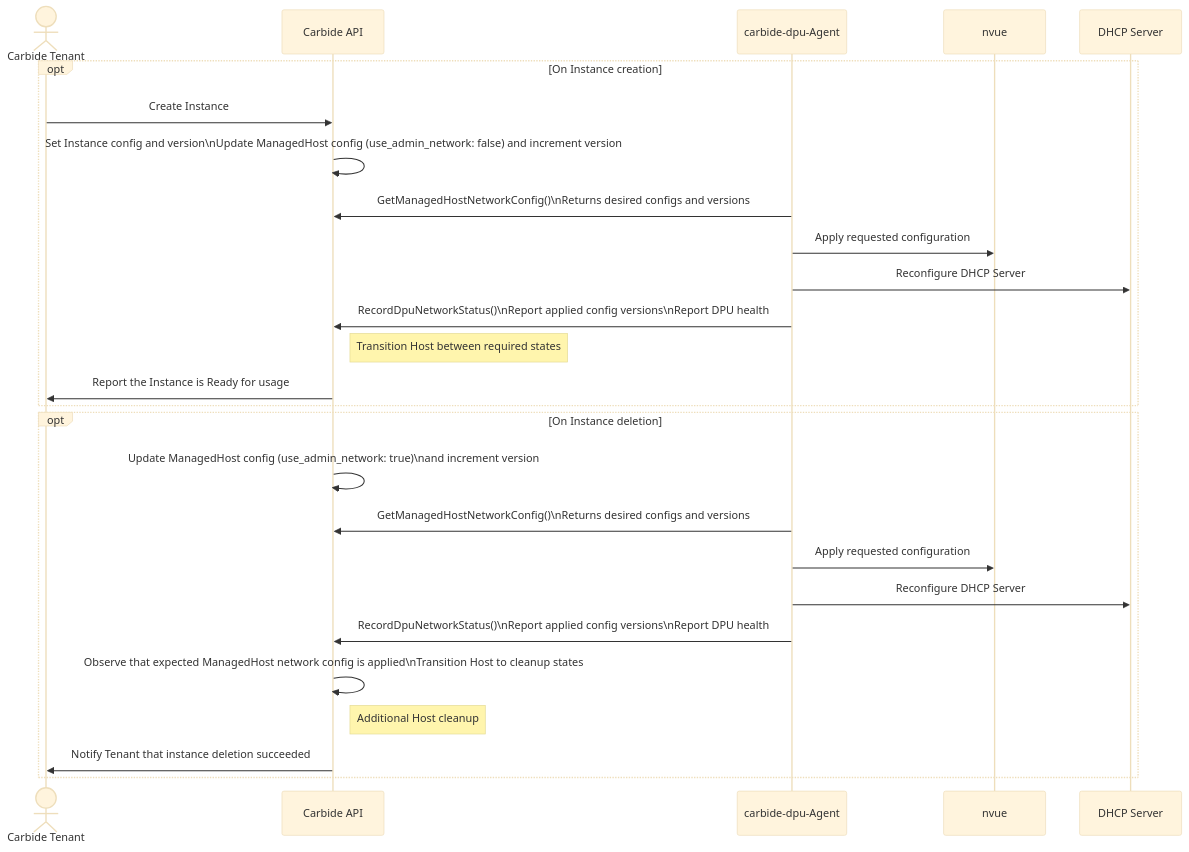
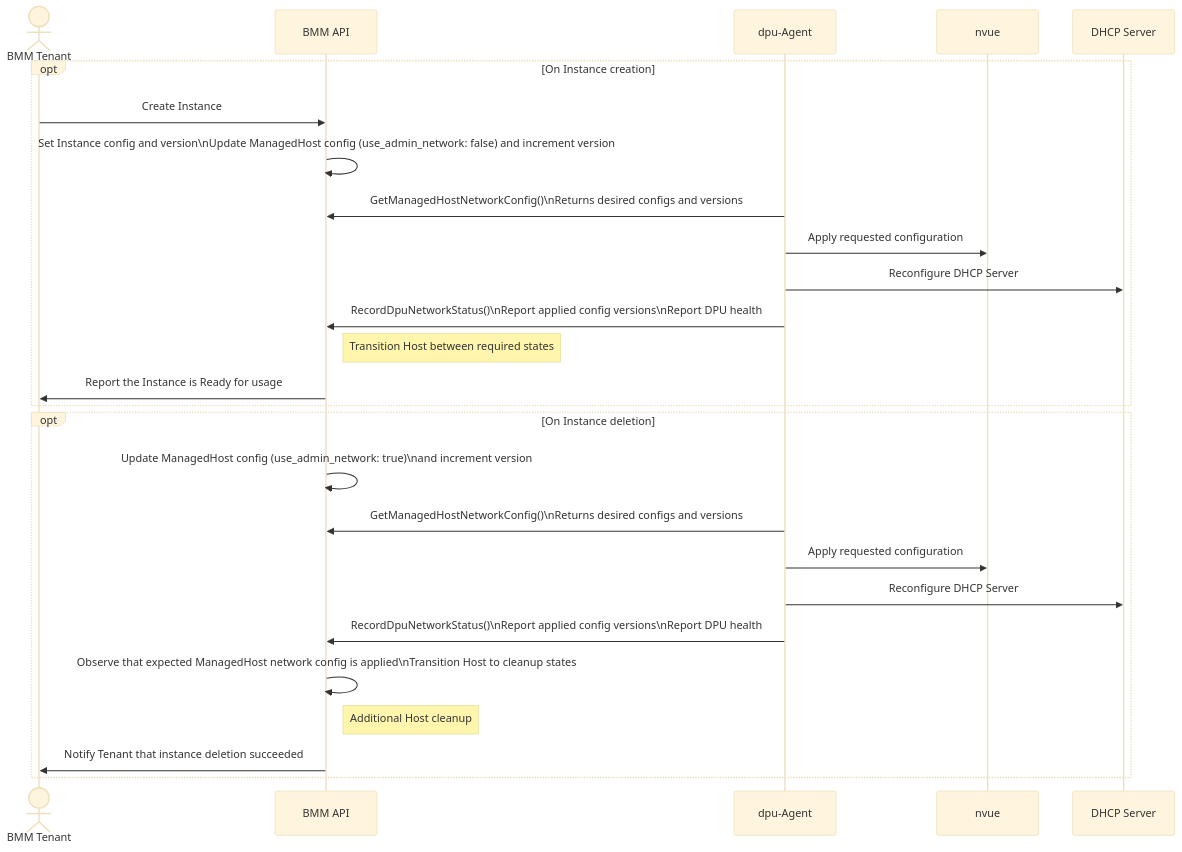
One commit to NVIDIA/bare-metal-manager-core changed the second of 2 diagrams in docs/architecture/dpu_configuration.md. Above: the diagram before and after it, drawn with Mermaid (base theme). The commit also changed other lines of this file and 17 other files, not shown here.

````diff
--- a/docs/architecture/dpu_configuration.md
+++ b/docs/architecture/dpu_configuration.md
@@ -61,30 +61,30 @@
 ```{mermaid}
 sequenceDiagram
-    actor Tenant as Carbide Tenant
-    participant Carbide as Carbide API
-    participant Agent as carbide-dpu-Agent
+    actor Tenant as BMM Tenant
+    participant BMM as BMM API
+    participant Agent as dpu-Agent
     participant Nvue as nvue
     participant Dhcp as DHCP Server
 
     opt On Instance creation
-        Tenant ->> Carbide: Create Instance
-        Carbide ->> Carbide: Set Instance config and version\nUpdate ManagedHost config (use_admin_network: false) and increment version
-        Agent->>Carbide: GetManagedHostNetworkConfig()\nReturns desired configs and versions
+        Tenant ->> BMM: Create Instance
+        BMM ->> BMM: Set Instance config and version\nUpdate ManagedHost config (use_admin_network: false) and increment version
+        Agent->>BMM: GetManagedHostNetworkConfig()\nReturns desired configs and versions
         Agent->>Nvue: Apply requested configuration
         Agent->>Dhcp: Reconfigure DHCP Server
-        Agent->>Carbide: RecordDpuNetworkStatus()\nReport applied config versions\nReport DPU health
-        Note right of Carbide: Transition Host between required states
-        Carbide ->> Tenant: Report the Instance is Ready for usage
+        Agent->>BMM: RecordDpuNetworkStatus()\nReport applied config versions\nReport DPU health
+        Note right of BMM: Transition Host between required states
+        BMM ->> Tenant: Report the Instance is Ready for usage
     end
 
     opt On Instance deletion
-        Carbide ->> Carbide: Update ManagedHost config (use_admin_network: true)\nand increment version
-        Agent->>Carbide: GetManagedHostNetworkConfig()\nReturns desired configs and versions
+        BMM ->> BMM: Update ManagedHost config (use_admin_network: true)\nand increment version
+        Agent->>BMM: GetManagedHostNetworkConfig()\nReturns desired configs and versions
         Agent->>Nvue: Apply requested configuration
         Agent->>Dhcp: Reconfigure DHCP Server
-        Agent->>Carbide: RecordDpuNetworkStatus()\nReport applied config versions\nReport DPU health
-        Carbide->>Carbide: Observe that expected ManagedHost network config is applied\nTransition Host to cleanup states
-        Note right of Carbide: Additional Host cleanup
-        Carbide ->> Tenant: Notify Tenant that instance deletion succeeded
+        Agent->>BMM: RecordDpuNetworkStatus()\nReport applied config versions\nReport DPU health
+        BMM->>BMM: Observe that expected ManagedHost network config is applied\nTransition Host to cleanup states
+        Note right of BMM: Additional Host cleanup
+        BMM ->> Tenant: Notify Tenant that instance deletion succeeded
     end
 ```
````
